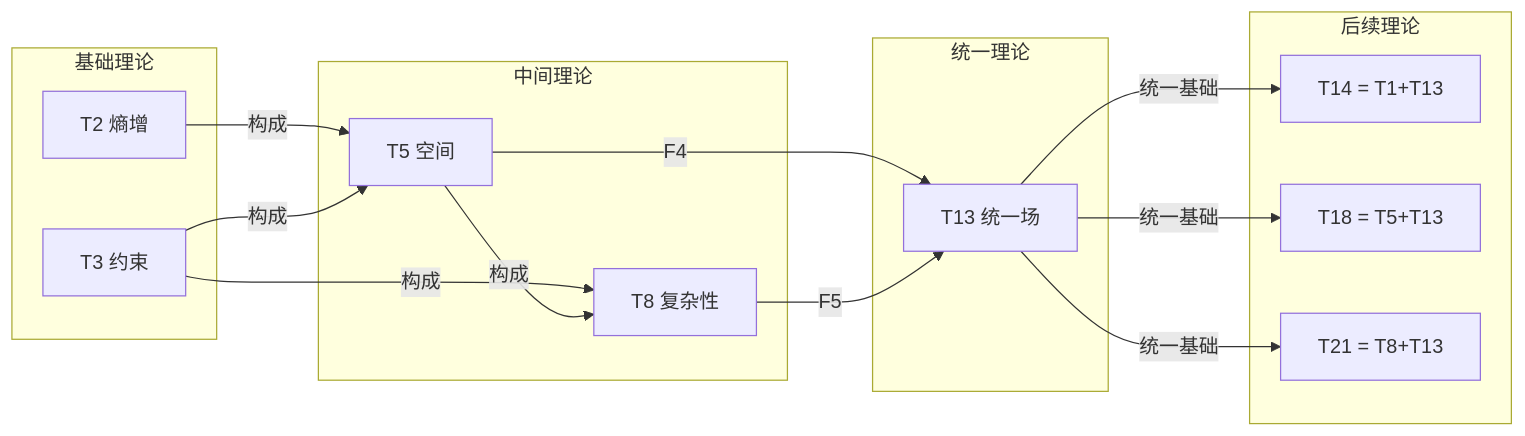
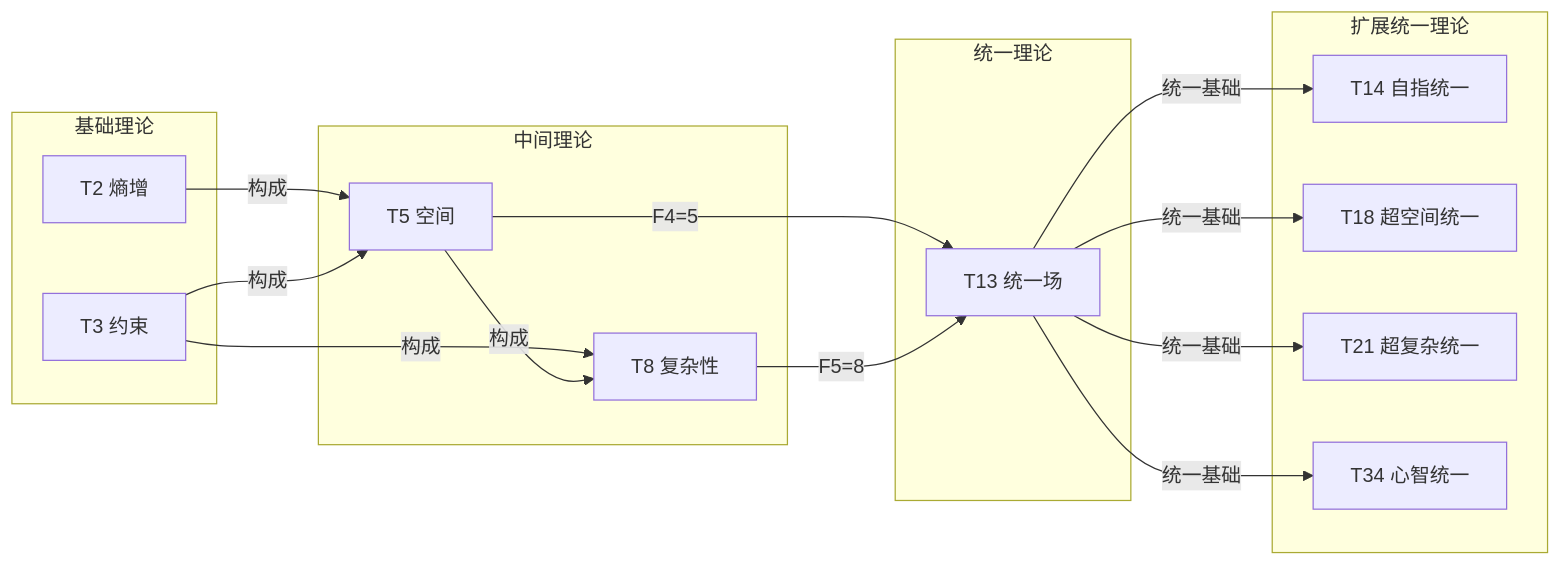
The second of 2 diagrams in src/bdag/theories/T13__UnifiedField__PRIME-FIB__ZECK_F6__FROM__T8+T5__TO__UnifiedFieldTensor.md (loning/mbook-binary), drawn with Mermaid before and after one commit. The commit also changed other lines of this file, not shown here.

````diff
--- a/src/bdag/theories/T13__UnifiedField__PRIME-FIB__ZECK_F6__FROM__T8+T5__TO__UnifiedFieldTensor.md
+++ b/src/bdag/theories/T13__UnifiedField__PRIME-FIB__ZECK_F6__FROM__T8+T5__TO__UnifiedFieldTensor.md
@@ -415,34 +443,36 @@
 ```mermaid
 graph LR
     subgraph "基础理论"
         T2["T2 熵增"]
         T3["T3 约束"]
     end
     
     subgraph "中间理论"
         T5["T5 空间"]
         T8["T8 复杂性"]
     end
     
     subgraph "统一理论"
         T13["T13 统一场"]
     end
     
-    subgraph "后续理论"
-        T14["T14 = T1+T13"]
-        T18["T18 = T5+T13"]
-        T21["T21 = T8+T13"]
+    subgraph "扩展统一理论"
+        T14["T14 自指统一"]
+        T18["T18 超空间统一"]
+        T21["T21 超复杂统一"]
+        T34["T34 心智统一"]
     end
     
     T2 -->|"构成"| T5
     T3 -->|"构成"| T5
     T3 -->|"构成"| T8
     T5 -->|"构成"| T8
     
-    T5 -->|"F4"| T13
-    T8 -->|"F5"| T13
+    T5 -->|"F4=5"| T13
+    T8 -->|"F5=8"| T13
     
     T13 -->|"统一基础"| T14
     T13 -->|"统一基础"| T18
     T13 -->|"统一基础"| T21
+    T13 -->|"统一基础"| T34
 ```
````
